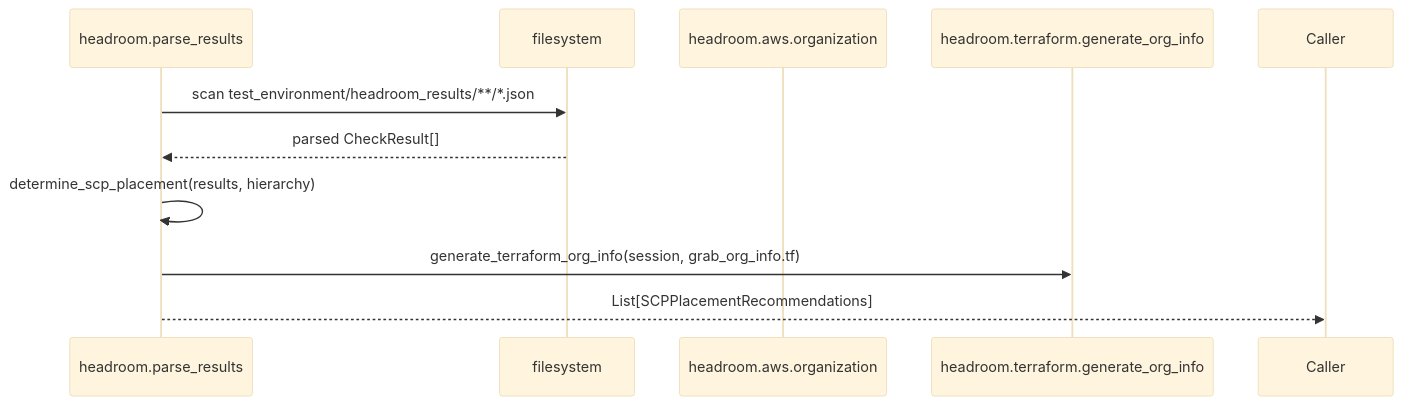
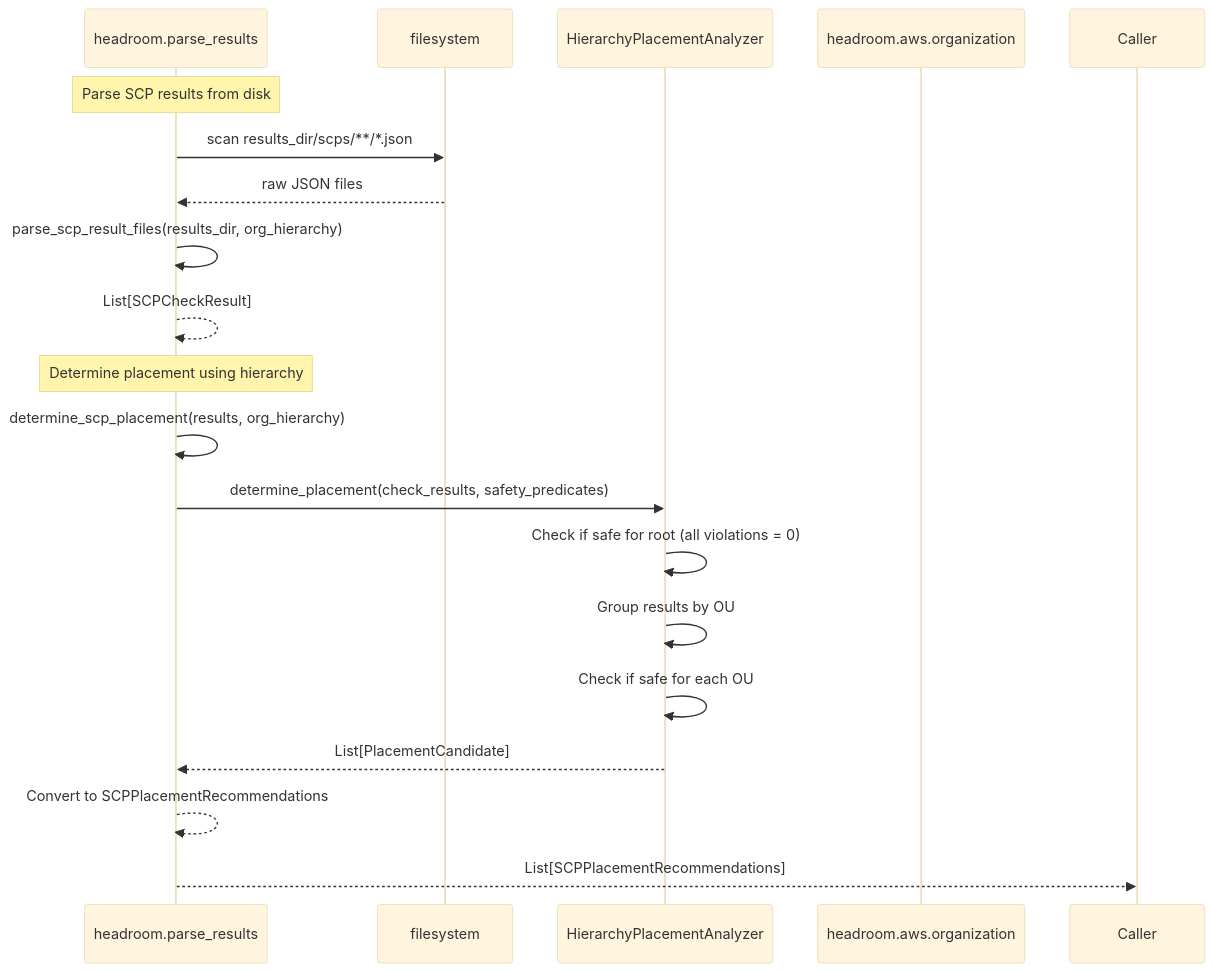
One commit to discocrayon/Headroom changed the third of 4 diagrams in documentation/sequences.md. Above: the diagram before and after it, drawn with Mermaid (base theme). The commit also changed other lines of this file and 5 other files, not shown here.

````diff
--- a/documentation/sequences.md
+++ b/documentation/sequences.md
@@ -62,13 +106,23 @@
 ```mermaid
 sequenceDiagram
   participant Results as headroom.parse_results
   participant FS as filesystem
-  participant Orgs as headroom.aws.organization
-  participant TFOrg as headroom.terraform.generate_org_info
+  participant Hierarchy as HierarchyPlacementAnalyzer
+  participant Org as headroom.aws.organization
 
-  Results->>FS: scan test_environment/headroom_results/**/*.json
-  FS-->>Results: parsed CheckResult[]
-  Results->>Results: determine_scp_placement(results, hierarchy)
-  Results->>TFOrg: generate_terraform_org_info(session, grab_org_info.tf)
+  Note over Results: Parse SCP results from disk
+  Results->>FS: scan results_dir/scps/**/*.json
+  FS-->>Results: raw JSON files
+  Results->>Results: parse_scp_result_files(results_dir, org_hierarchy)
+  Results-->>Results: List[SCPCheckResult]
+
+  Note over Results: Determine placement using hierarchy
+  Results->>Results: determine_scp_placement(results, org_hierarchy)
+  Results->>Hierarchy: determine_placement(check_results, safety_predicates)
+  Hierarchy->>Hierarchy: Check if safe for root (all violations = 0)
+  Hierarchy->>Hierarchy: Group results by OU
+  Hierarchy->>Hierarchy: Check if safe for each OU
+  Hierarchy-->>Results: List[PlacementCandidate]
+  Results-->>Results: Convert to SCPPlacementRecommendations
   Results-->>Caller: List[SCPPlacementRecommendations]
 ```
````
